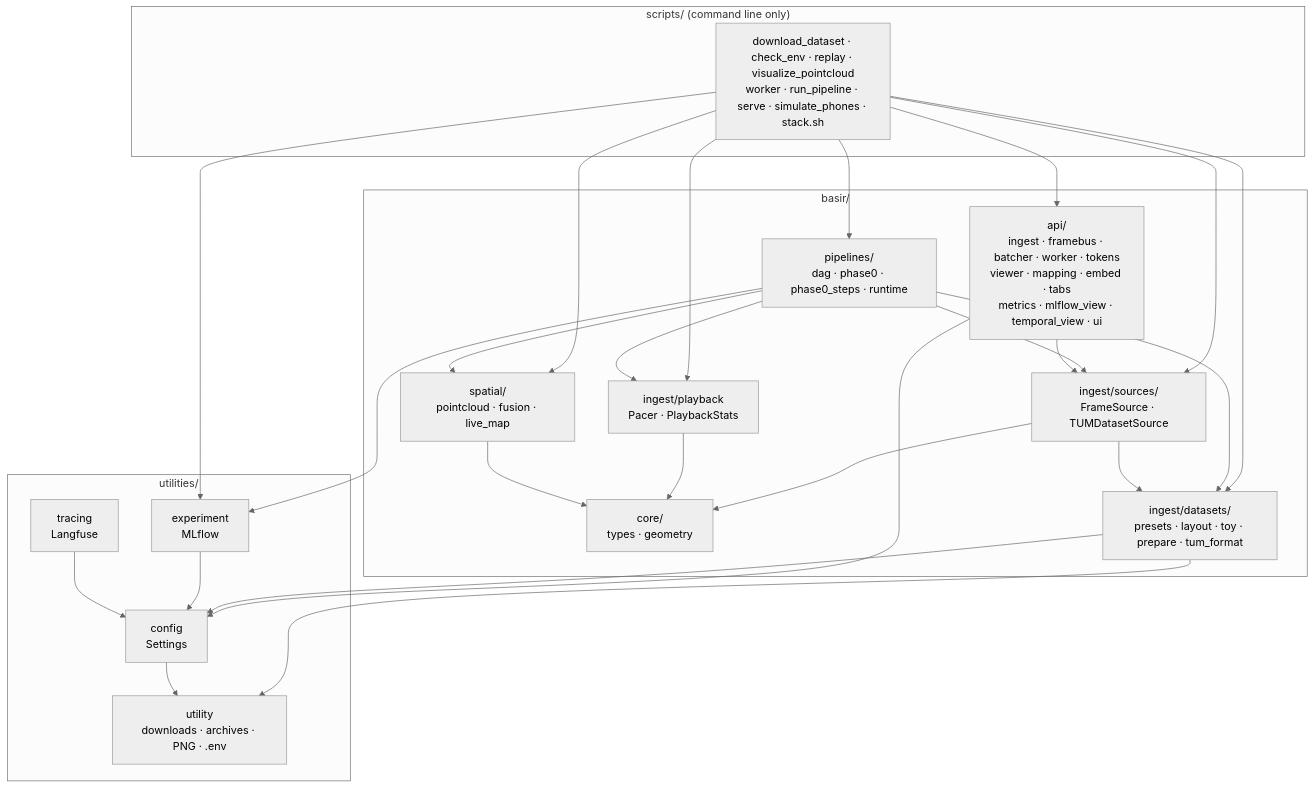
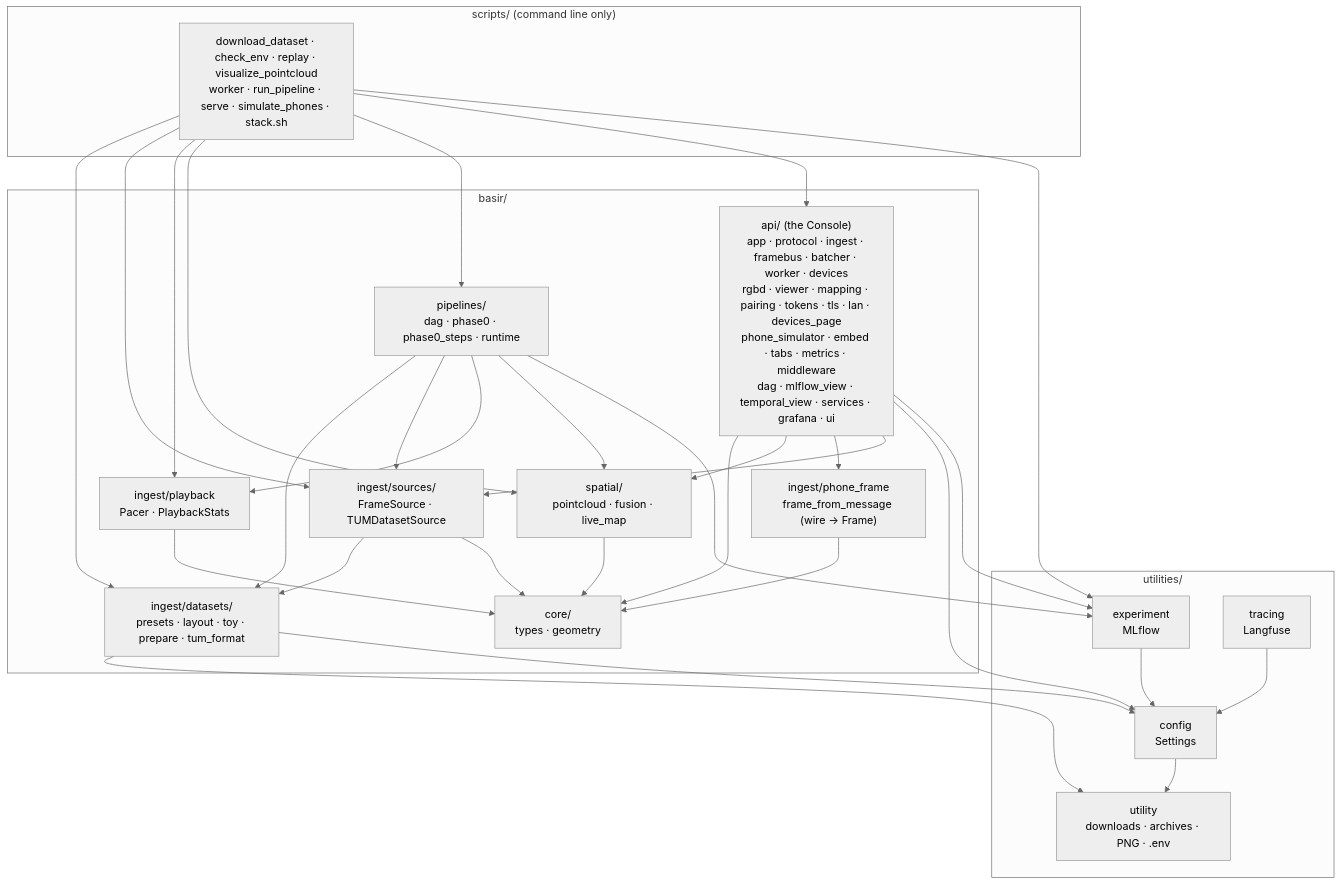
The diagram in docs/12-architecture.md (omarTBakr/Basir), drawn with Mermaid (neutral theme) before and after one commit. The commit also changed other lines of this file and 1 other file, not shown here.

First line of the commit message:
Docs: list every api module, the phone_frame adapter and the real import arrows

````diff
--- a/docs/12-architecture.md
+++ b/docs/12-architecture.md
@@ -7,31 +7,33 @@
 ```mermaid
 flowchart TB
   subgraph entry["scripts/ (command line only)"]
     scripts["download_dataset · check_env · replay · visualize_pointcloud<br/>worker · run_pipeline · serve · simulate_phones · stack.sh"]
   end
   subgraph domain["basir/"]
     core["core/<br/>types · geometry"]
     datasets["ingest/datasets/<br/>presets · layout · toy · prepare · tum_format"]
     sources["ingest/sources/<br/>FrameSource · TUMDatasetSource"]
+    phoneframe["ingest/phone_frame<br/>frame_from_message (wire → Frame)"]
     playback["ingest/playback<br/>Pacer · PlaybackStats"]
     spatial["spatial/<br/>pointcloud · fusion · live_map"]
     pipelines["pipelines/<br/>dag · phase0 · phase0_steps · runtime"]
-    api["api/<br/>ingest · framebus · batcher · worker · tokens<br/>viewer · mapping · embed · tabs<br/>metrics · mlflow_view · temporal_view · ui"]
+    api["api/ (the Console)<br/>app · protocol · ingest · framebus · batcher · worker · devices<br/>rgbd · viewer · mapping · pairing · tokens · tls · lan · devices_page<br/>phone_simulator · embed · tabs · metrics · middleware<br/>dag · mlflow_view · temporal_view · services · grafana · ui"]
   end
   subgraph shared["utilities/"]
     config["config<br/>Settings"]
     exp["experiment<br/>MLflow"]
     trace["tracing<br/>Langfuse"]
     util["utility<br/>downloads · archives · PNG · .env"]
   end
   scripts --> datasets & sources & playback & spatial & pipelines & api & exp
   pipelines --> datasets & sources & playback & spatial & exp
-  api --> sources & config
+  api --> core & spatial & phoneframe & sources & config & exp
+  phoneframe --> core
   datasets --> util & config
   sources --> datasets & core
   playback --> core
   spatial --> core
   exp --> config
   trace --> config
   config --> util
 ```
````
